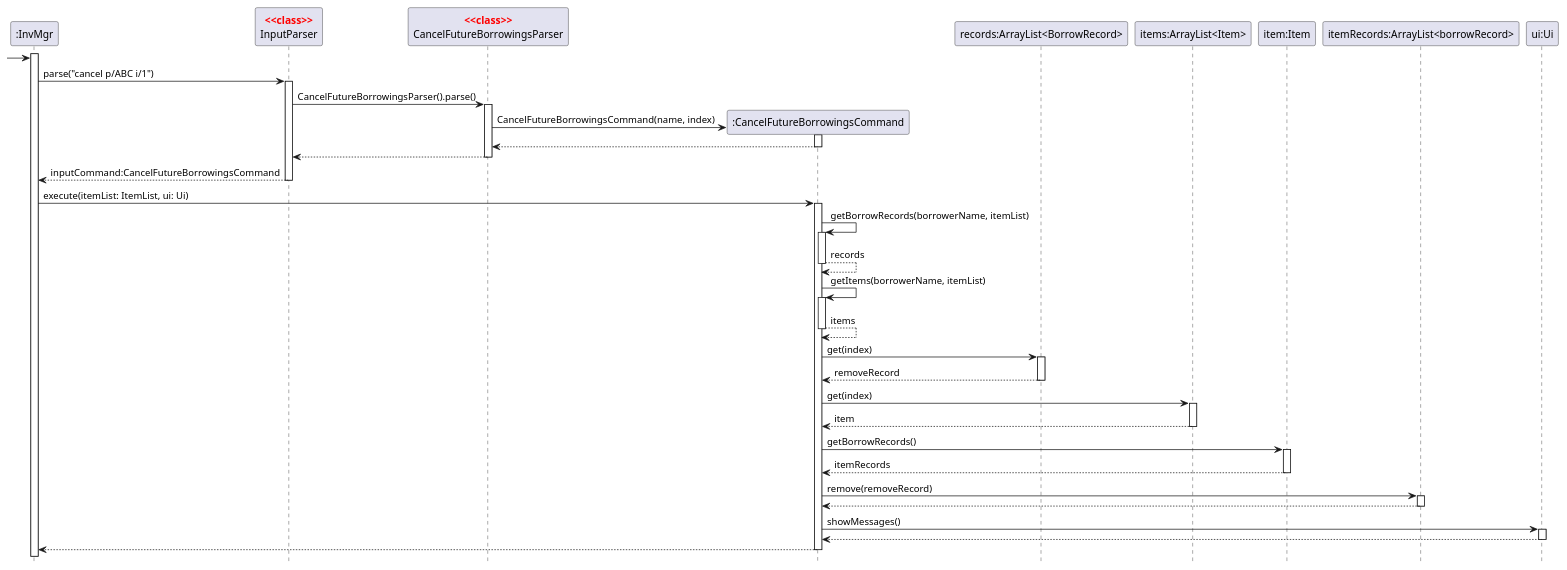
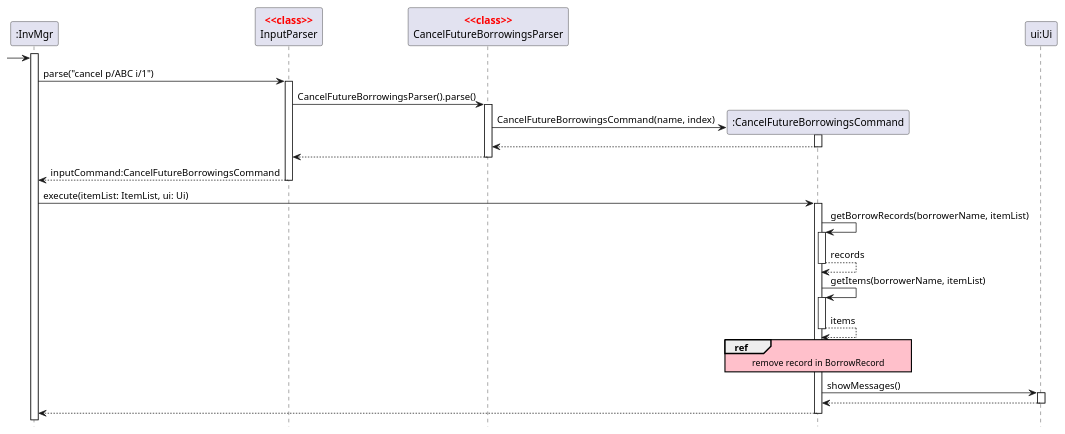
Before and after one commit to nus-cs2113-AY2122S2/tp: the diagram in docs/diagrams/CancelFutureBorrowingsSequenceDiagram.puml, drawn with PlantUML. The commit also changed 4 other files, not shown here.

```diff
--- a/docs/diagrams/CancelFutureBorrowingsSequenceDiagram.puml
+++ b/docs/diagrams/CancelFutureBorrowingsSequenceDiagram.puml
@@ -1,65 +1,50 @@
 @startuml
 'https://plantuml.com/sequence-diagram
 hide footbox
 skinparam guillemet false
 skinparam sequenceStereotypeFontColor red
 skinparam sequenceStereotypeFontStyle bold
+skinparam SequenceReferenceBackgroundColor pink
 
 Participant ":InvMgr" as invmgr
 Participant "InputParser" as parser <<class>>
 Participant "CancelFutureBorrowingsParser" as cancelparser <<class>>
 Participant ":CancelFutureBorrowingsCommand" as cancelcmd
-Participant "records:ArrayList<BorrowRecord>" as rmvrcd
-Participant "items:ArrayList<Item>" as itmlst
-Participant "item:Item" as itm
-Participant "itemRecords:ArrayList<borrowRecord>" as itmrcd
 Participant "ui:Ui" as ui
 
 activate invmgr
 
 -> invmgr
 invmgr -> parser:parse("cancel p/ABC i/1")
 activate parser
 
 parser -> cancelparser:CancelFutureBorrowingsParser().parse()
 activate cancelparser
 create cancelcmd
 cancelparser -> cancelcmd:CancelFutureBorrowingsCommand(name, index)
 activate cancelcmd
 return
 return
 return inputCommand:CancelFutureBorrowingsCommand
 
 invmgr -> cancelcmd:execute(itemList: ItemList, ui: Ui)
 
 activate cancelcmd
 cancelcmd -> cancelcmd:getBorrowRecords(borrowerName, itemList)
 activate cancelcmd
 return records
 
 cancelcmd -> cancelcmd:getItems(borrowerName, itemList)
 activate cancelcmd
 return items
 
-cancelcmd -> rmvrcd:get(index)
-activate rmvrcd
-return removeRecord
-
-cancelcmd -> itmlst:get(index)
-activate itmlst
-return item
-
-cancelcmd -> itm:getBorrowRecords()
-activate itm
-return itemRecords
-
-cancelcmd -> itmrcd:remove(removeRecord)
-activate itmrcd
-return
+ref over cancelcmd
+remove record in BorrowRecord
+end ref
 
 cancelcmd -> ui:showMessages()
 activate ui
 return
 return
 
 @enduml
```
